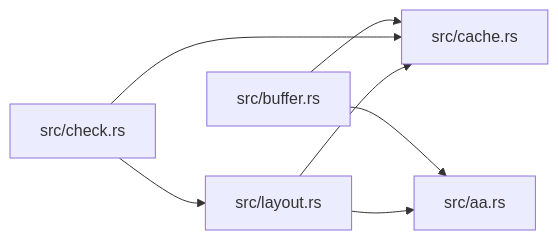
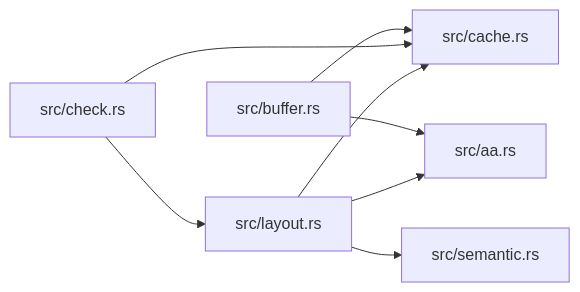
Before and after one commit to xcrtp/zela: the diagram in docs/modules/ze-vertex.md, drawn with Mermaid. The commit also changed other lines of this file and 3 other files, not shown here.

````diff
--- a/docs/modules/ze-vertex.md
+++ b/docs/modules/ze-vertex.md
@@ -29,14 +30,16 @@
 ```mermaid
 graph LR
     f1["src/aa.rs"]
     f0["src/buffer.rs"]
     f2["src/cache.rs"]
     f3["src/check.rs"]
     f4["src/layout.rs"]
+    f5["src/semantic.rs"]
     f0 --> f1
     f0 --> f2
     f3 --> f2
     f3 --> f4
     f4 --> f1
     f4 --> f2
+    f4 --> f5
 ```
````
